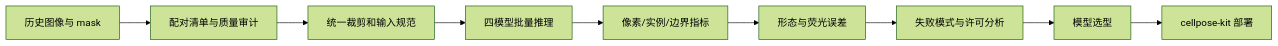
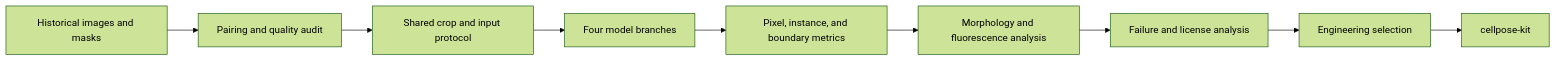
The diagram in README.md (desperati0n/bacterial-segmentation-benchmark), drawn with Mermaid (forest theme) before and after one commit. The commit also changed other lines of this file and 13 other files, not shown here.

````diff
--- a/README.md
+++ b/README.md
@@ -41,11 +48,11 @@
 ```mermaid
 flowchart LR
-    A[历史图像与 mask] --> B[配对清单与质量审计]
-    B --> C[统一裁剪和输入规范]
-    C --> D[四模型批量推理]
-    D --> E[像素/实例/边界指标]
-    E --> F[形态与荧光误差]
-    F --> G[失败模式与许可分析]
-    G --> H[模型选型]
-    H --> I[cellpose-kit 部署]
+    A[Historical images and masks] --> B[Pairing and quality audit]
+    B --> C[Shared crop and input protocol]
+    C --> D[Four model branches]
+    D --> E[Pixel, instance, and boundary metrics]
+    E --> F[Morphology and fluorescence analysis]
+    F --> G[Failure and license analysis]
+    G --> H[Engineering selection]
+    H --> I[cellpose-kit]
 ```
````
